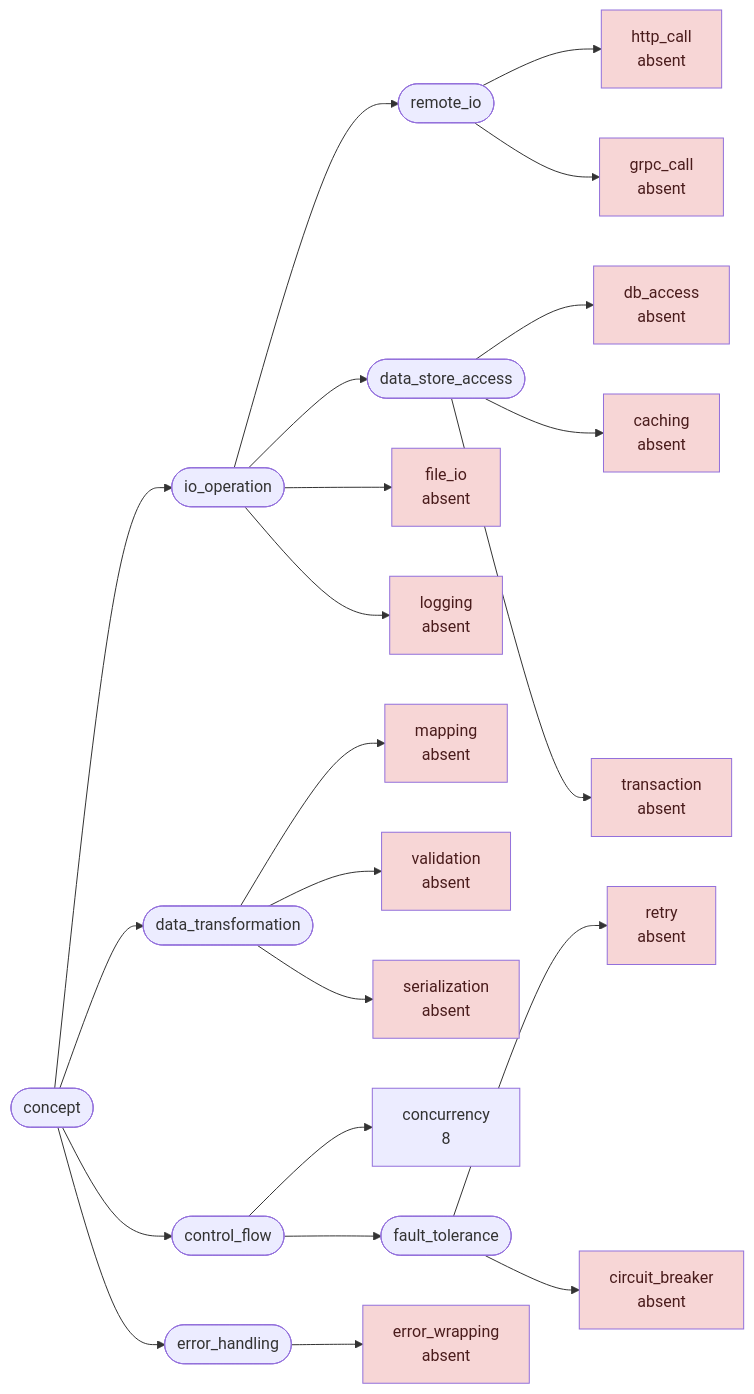
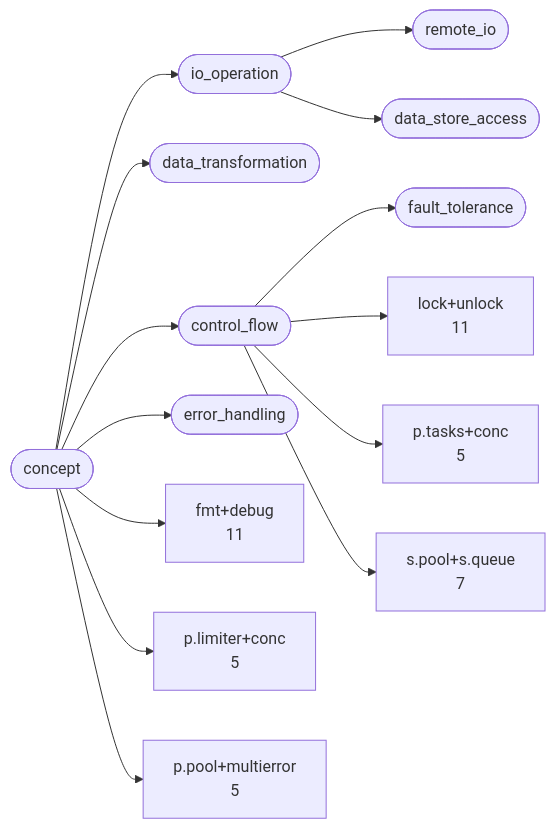
The first of 8 diagrams in examples/conc.md (LukasSelin/doppel), drawn with Mermaid before and after one commit. The commit also changed other lines of this file and 66 other files, not shown here.

````diff
--- a/examples/conc.md
+++ b/examples/conc.md
@@ -51,50 +53,30 @@
 ```mermaid
 flowchart LR
     c0(["concept"])
     c1(["io_operation"])
     c2(["remote_io"])
-    c3["http_call<br/>absent"]
-    c4["grpc_call<br/>absent"]
-    c5(["data_store_access"])
-    c6["db_access<br/>absent"]
-    c7["caching<br/>absent"]
-    c8["transaction<br/>absent"]
-    c9["file_io<br/>absent"]
-    c10["logging<br/>absent"]
-    c11(["data_transformation"])
-    c12["mapping<br/>absent"]
-    c13["validation<br/>absent"]
-    c14["serialization<br/>absent"]
-    c15(["control_flow"])
-    c16["concurrency<br/>8"]
-    c17(["fault_tolerance"])
-    c18["retry<br/>absent"]
-    c19["circuit_breaker<br/>absent"]
-    c20(["error_handling"])
-    c21["error_wrapping<br/>absent"]
+    c3(["data_store_access"])
+    c4(["data_transformation"])
+    c5(["control_flow"])
+    c6(["fault_tolerance"])
+    c7(["error_handling"])
+    c8["fmt+debug<br/>11"]
+    c9["lock+unlock<br/>11"]
+    c10["p.limiter+conc<br/>5"]
+    c11["p.pool+multierror<br/>5"]
+    c12["p.tasks+conc<br/>5"]
+    c13["s.pool+s.queue<br/>7"]
     c0 --> c1
     c1 --> c2
-    c2 --> c3
-    c2 --> c4
-    c1 --> c5
+    c1 --> c3
+    c0 --> c4
+    c0 --> c5
     c5 --> c6
-    c5 --> c7
-    c5 --> c8
-    c1 --> c9
-    c1 --> c10
+    c0 --> c7
+    c0 --> c8
+    c5 --> c9
+    c0 --> c10
     c0 --> c11
-    c11 --> c12
-    c11 --> c13
-    c11 --> c14
-    c0 --> c15
-    c15 --> c16
-    c15 --> c17
-    c17 --> c18
-    c17 --> c19
-    c0 --> c20
-    c20 --> c21
-    classDef good fill:#d7ecd9,color:#1b3d20
-    classDef warn fill:#fbeecb,color:#4a3a12
-    classDef hot fill:#f7d6d6,color:#4a1c1c
-    class c3,c4,c6,c7,c8,c9,c10,c12,c13,c14,c18,c19,c21 hot
+    c5 --> c12
+    c5 --> c13
 ```
````
